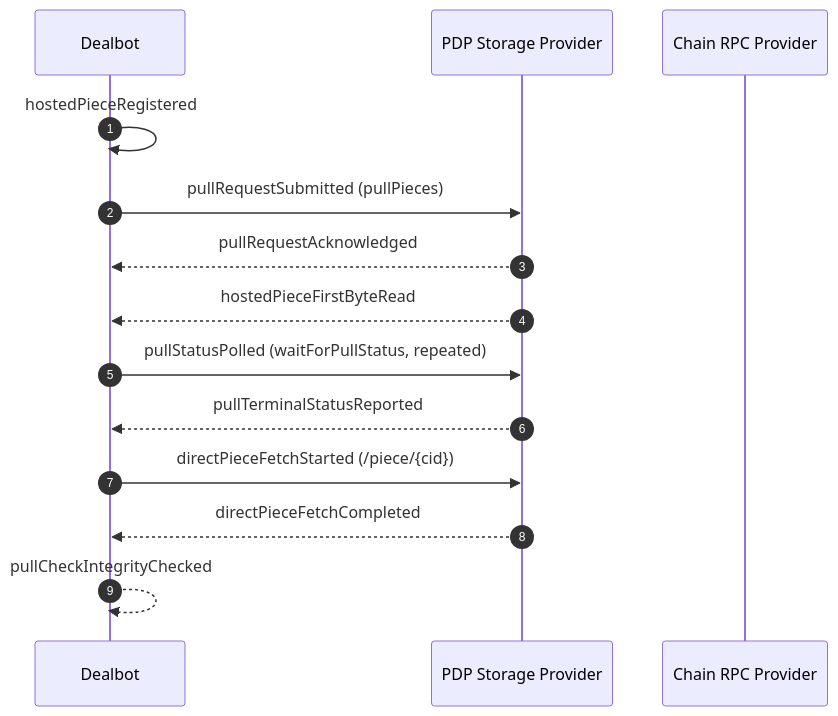
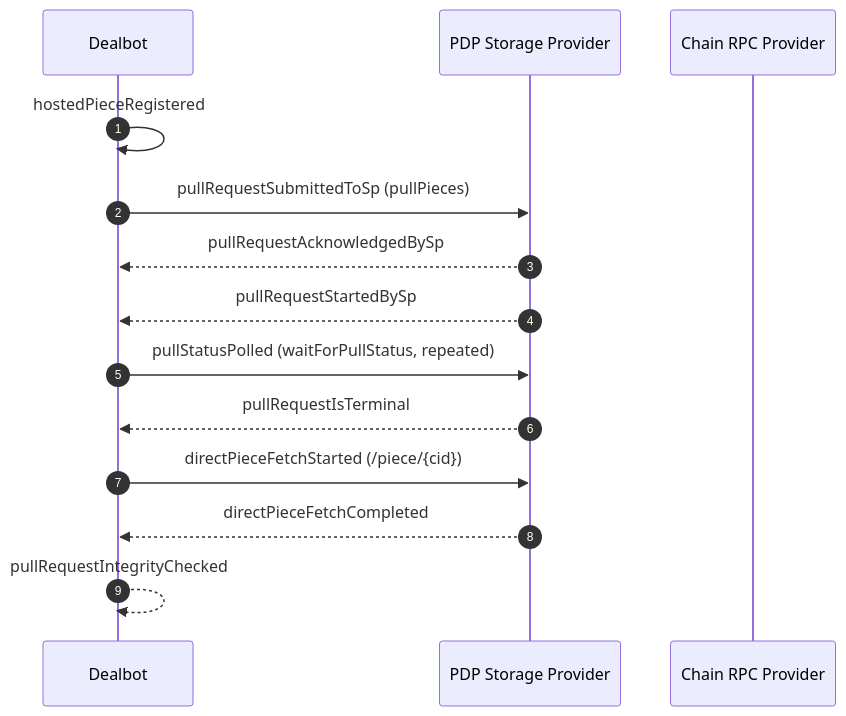
The second of 2 diagrams in docs/checks/events-and-metrics.md (FilOzone/dealbot), drawn with Mermaid before and after one commit. The commit also changed other lines of this file and 1 other file, not shown here.

````diff
--- a/docs/checks/events-and-metrics.md
+++ b/docs/checks/events-and-metrics.md
@@ -64,17 +64,17 @@
 ```mermaid
 sequenceDiagram
   autonumber
   participant Dealbot
   participant SP as PDP Storage Provider
   participant RPC as Chain RPC Provider
 
   Dealbot->>Dealbot: hostedPieceRegistered
-  Dealbot->>SP: pullRequestSubmitted (pullPieces)
-  SP-->>Dealbot: pullRequestAcknowledged
-  SP-->>Dealbot: hostedPieceFirstByteRead
+  Dealbot->>SP: pullRequestSubmittedToSp (pullPieces)
+  SP-->>Dealbot: pullRequestAcknowledgedBySp
+  SP-->>Dealbot: pullRequestStartedBySp
   Dealbot->>SP: pullStatusPolled (waitForPullStatus, repeated)
-  SP-->>Dealbot: pullTerminalStatusReported
+  SP-->>Dealbot: pullRequestIsTerminal
   Dealbot->>SP: directPieceFetchStarted (/piece/{cid})
   SP-->>Dealbot: directPieceFetchCompleted
-  Dealbot-->>Dealbot: pullCheckIntegrityChecked
+  Dealbot-->>Dealbot: pullRequestIntegrityChecked
 ```
````
